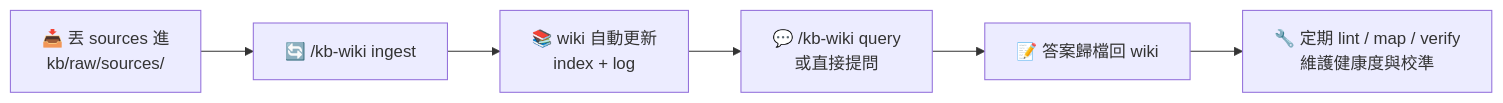
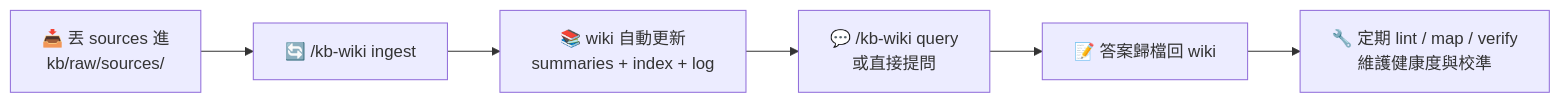
Before and after one commit to RayChang/agent-skills: the diagram in README.md, drawn with Mermaid. The commit also changed other lines of this file and 8 other files, not shown here.

````diff
--- a/README.md
+++ b/README.md
@@ -117,8 +118,8 @@
 ```mermaid
 flowchart LR
     A[📥 丟 sources 進<br/>kb/raw/sources/] --> B[🔄 /kb-wiki ingest]
-    B --> C[📚 wiki 自動更新<br/>index + log]
+    B --> C[📚 wiki 自動更新<br/>summaries + index + log]
     C --> D[💬 /kb-wiki query<br/>或直接提問]
     D --> E[📝 答案歸檔回 wiki]
     E --> F[🔧 定期 lint / map / verify<br/>維護健康度與校準]
 ```
````
